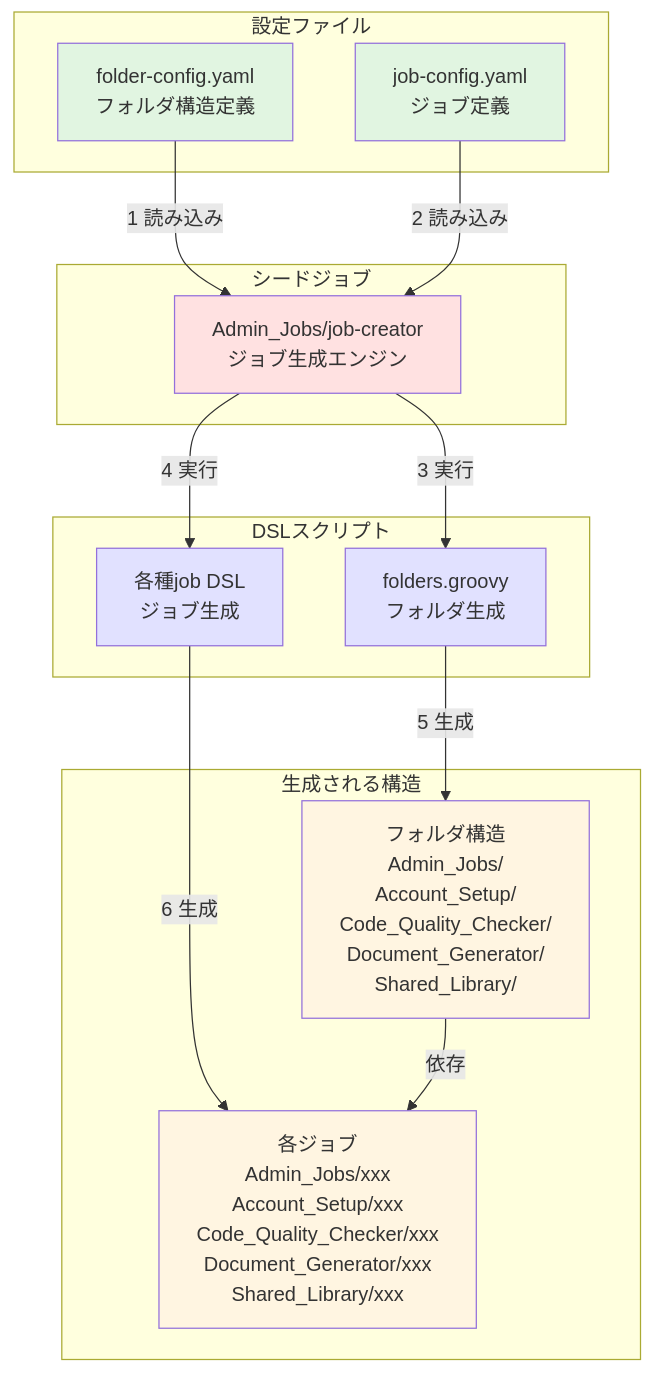
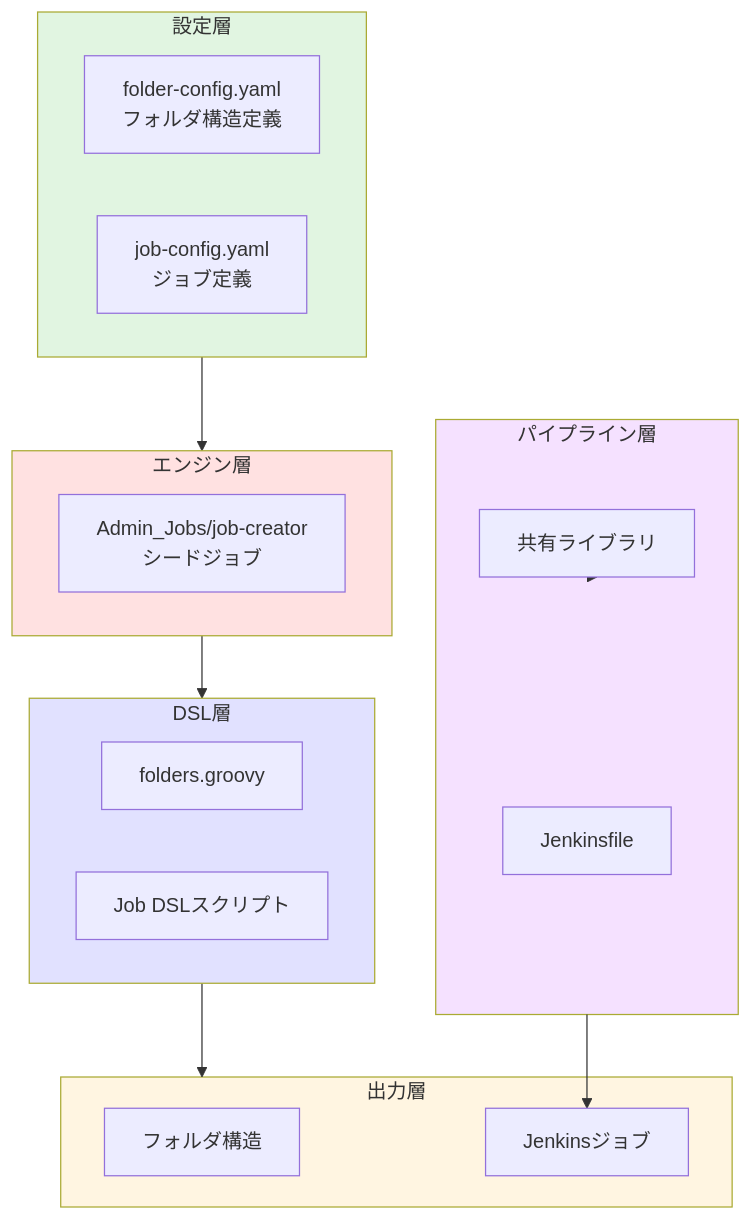
The first of 2 diagrams in jenkins/CONTRIBUTION.md (tielec/infrastructure-as-code), drawn with Mermaid before and after one commit. The commit also changed other lines of this file, not shown here.

````diff
--- a/jenkins/CONTRIBUTION.md
+++ b/jenkins/CONTRIBUTION.md
@@ -65,38 +93,38 @@
 ```mermaid
 flowchart TB
-    subgraph config["設定ファイル"]
+    subgraph config["設定層"]
         folder_config["folder-config.yaml<br/>フォルダ構造定義"]
         job_config["job-config.yaml<br/>ジョブ定義"]
     end
     
-    subgraph seed["シードジョブ"]
-        job_creator["Admin_Jobs/job-creator<br/>ジョブ生成エンジン"]
+    subgraph engine["エンジン層"]
+        job_creator["Admin_Jobs/job-creator<br/>シードジョブ"]
     end
     
-    subgraph dsl["DSLスクリプト"]
-        folders_groovy["folders.groovy<br/>フォルダ生成"]
-        job_dsl["各種job DSL<br/>ジョブ生成"]
+    subgraph dsl["DSL層"]
+        folders_groovy["folders.groovy"]
+        job_dsl["Job DSLスクリプト"]
     end
     
-    subgraph generated["生成される構造"]
-        folder_structure["フォルダ構造<br/>Admin_Jobs/<br/>Account_Setup/<br/>Code_Quality_Checker/<br/>Document_Generator/<br/>Shared_Library/"]
-        
-        jobs["各ジョブ<br/>Admin_Jobs/xxx<br/>Account_Setup/xxx<br/>Code_Quality_Checker/xxx<br/>Document_Generator/xxx<br/>Shared_Library/xxx"]
+    subgraph pipeline["パイプライン層"]
+        jenkinsfile["Jenkinsfile"]
+        shared_lib["共有ライブラリ"]
     end
     
-    folder_config -->|"1 読み込み"| job_creator
-    job_config -->|"2 読み込み"| job_creator
-    job_creator -->|"3 実行"| folders_groovy
-    job_creator -->|"4 実行"| job_dsl
-    folders_groovy -->|"5 生成"| folder_structure
-    job_dsl -->|"6 生成"| jobs
-    folder_structure -->|依存| jobs
+    subgraph output["出力層"]
+        folders["フォルダ構造"]
+        jobs["Jenkinsジョブ"]
+    end
     
-    style folder_config fill:#e1f5e1
-    style job_config fill:#e1f5e1
-    style job_creator fill:#ffe1e1
-    style folders_groovy fill:#e1e1ff
-    style job_dsl fill:#e1e1ff
-    style folder_structure fill:#fff5e1
-    style jobs fill:#fff5e1
+    config --> engine
+    engine --> dsl
+    dsl --> output
+    pipeline --> jobs
+    shared_lib --> pipeline
+    
+    style config fill:#e1f5e1
+    style engine fill:#ffe1e1
+    style dsl fill:#e1e1ff
+    style pipeline fill:#f5e1ff
+    style output fill:#fff5e1
 ```
````
